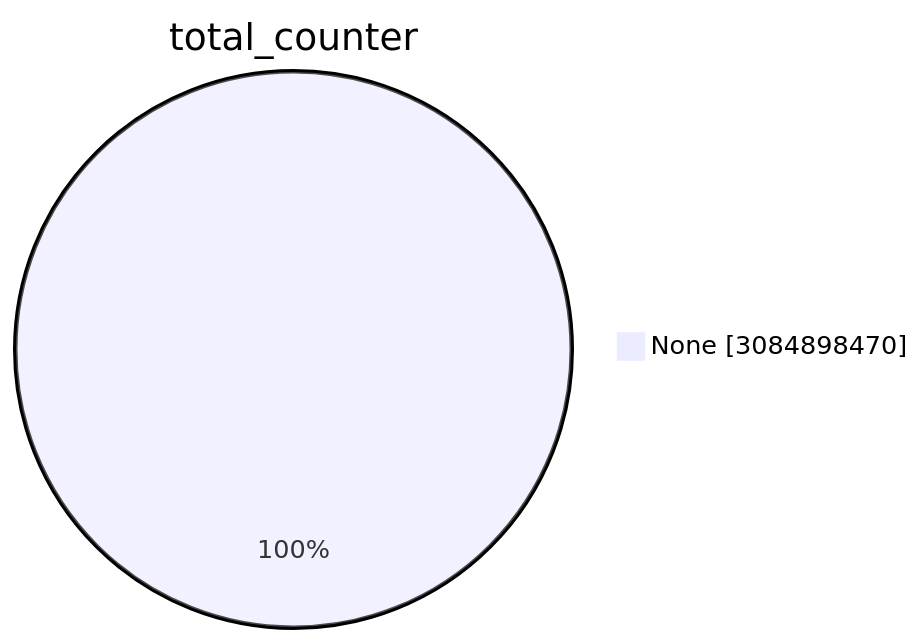
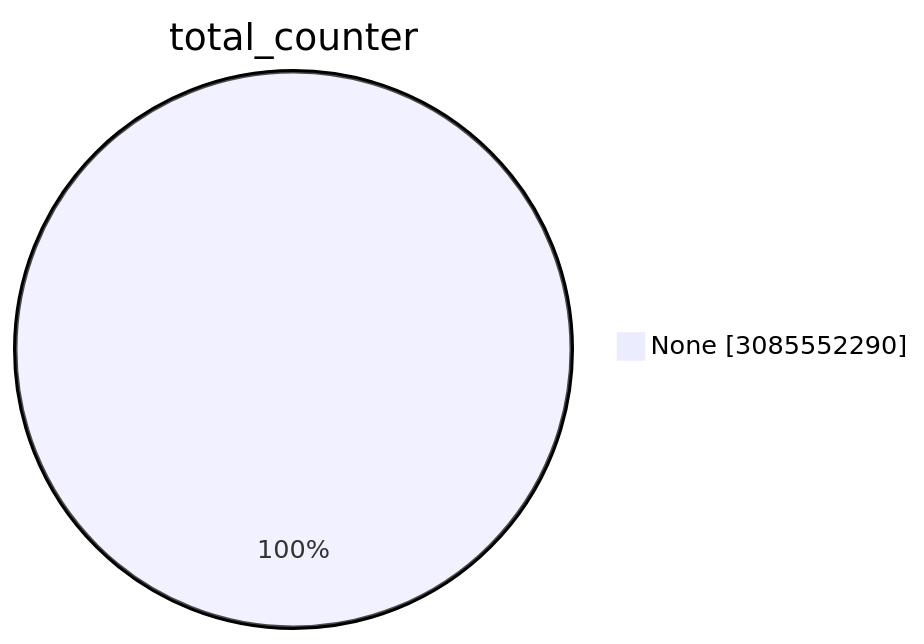
The first of 15 diagrams in TOTAL/README.md (christiankrug/ctmonitor_visualization), drawn with Mermaid before and after one commit. The commit also changed other lines of this file, not shown here.

````diff
--- a/TOTAL/README.md
+++ b/TOTAL/README.md
@@ -1,5 +1,5 @@
 ```mermaid
 pie showData
 title total_counter
-"None" :3084898470
+"None" :3085552290
 ```
````
